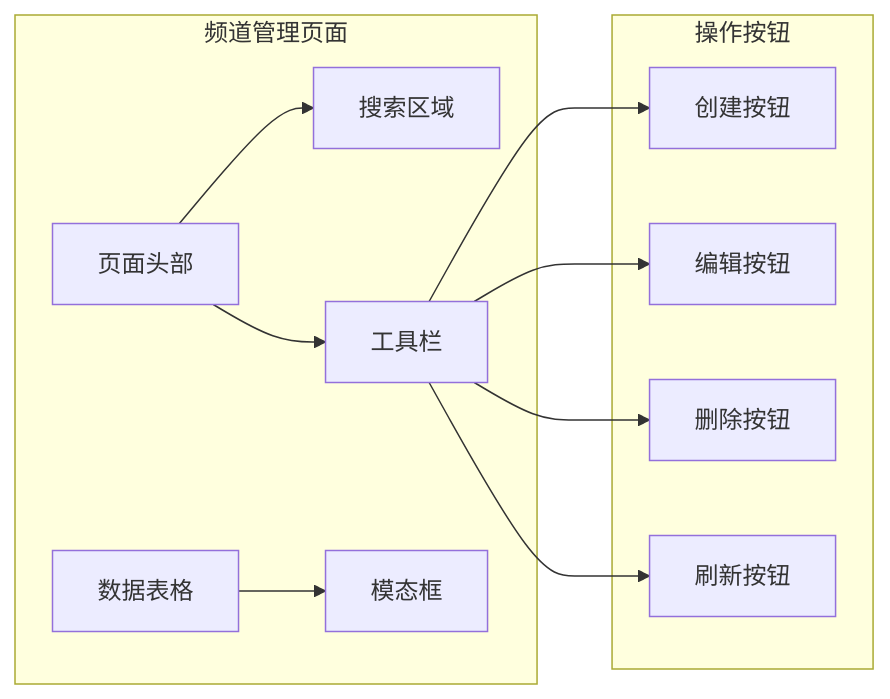
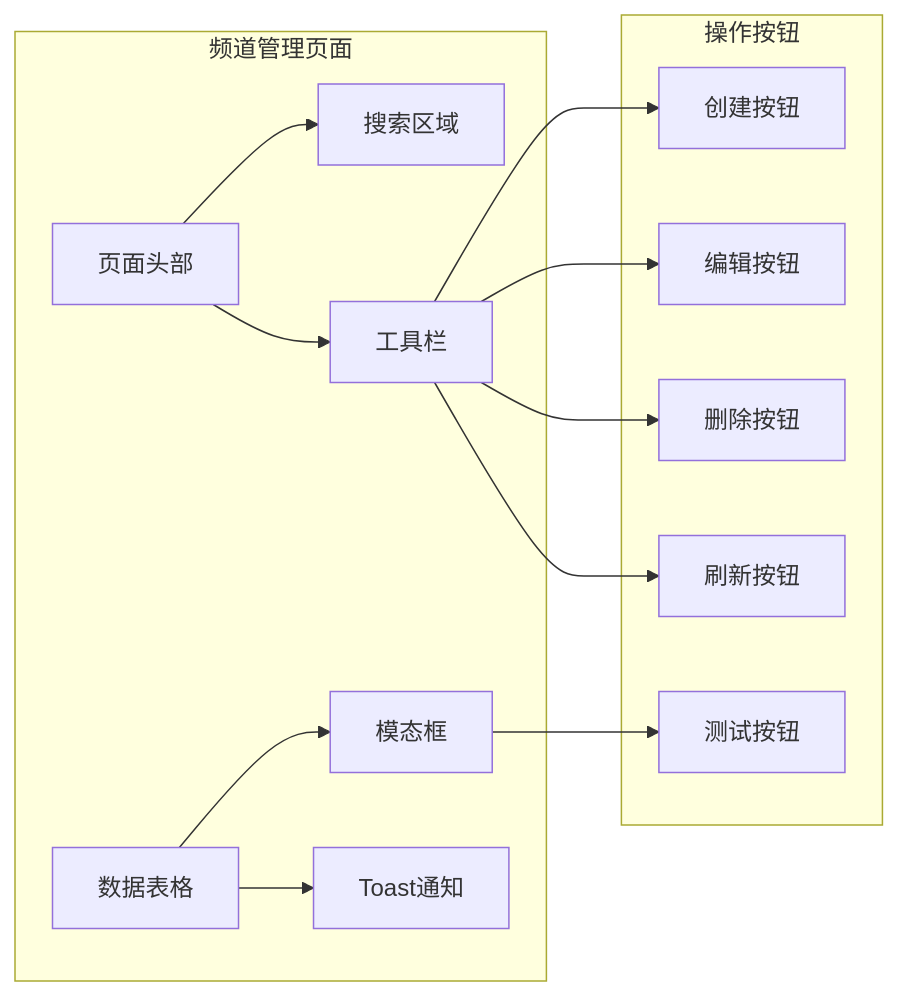
The fifth of 13 diagrams in .qoder/repowiki/zh/content/开发指南/前端管理页面规范.md (leimu-hue/AI-Trend-Tool), drawn with Mermaid before and after one commit. The commit also changed other lines of this file and 5 other files, not shown here.

````diff
--- a/.qoder/repowiki/zh/content/开发指南/前端管理页面规范.md
+++ b/.qoder/repowiki/zh/content/开发指南/前端管理页面规范.md
@@ -231,23 +260,27 @@
 ```mermaid
 graph LR
 subgraph "频道管理页面"
 Header["页面头部"]
 Search["搜索区域"]
 Toolbar["工具栏"]
 Table["数据表格"]
 Modal["模态框"]
+Toast["Toast通知"]
 end
 subgraph "操作按钮"
 CreateBtn["创建按钮"]
 EditBtn["编辑按钮"]
 DeleteBtn["删除按钮"]
 RefreshBtn["刷新按钮"]
+TestBtn["测试按钮"]
 end
 Header --> Search
 Header --> Toolbar
 Toolbar --> CreateBtn
 Toolbar --> EditBtn
 Toolbar --> DeleteBtn
 Toolbar --> RefreshBtn
 Table --> Modal
+Table --> Toast
+Modal --> TestBtn
 ```
````
